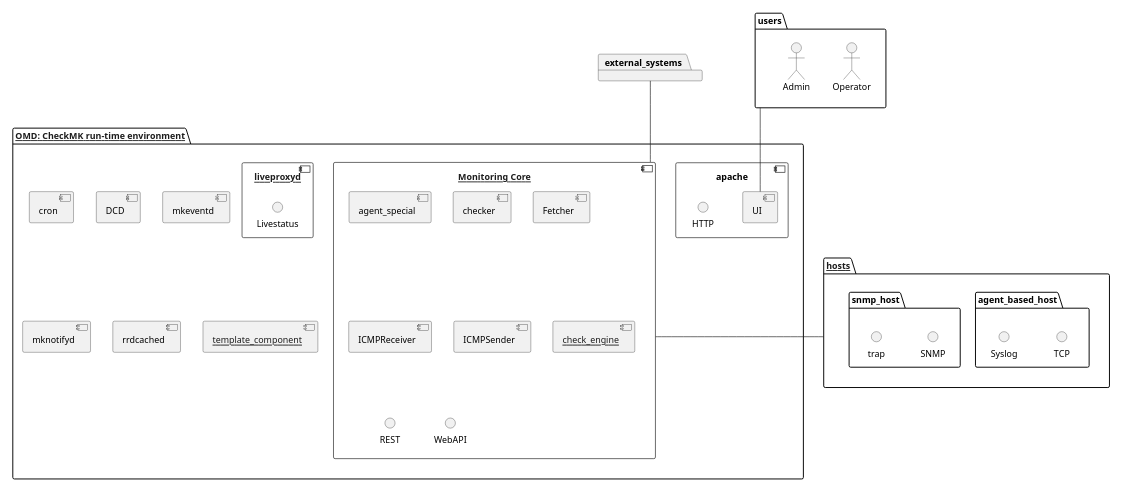
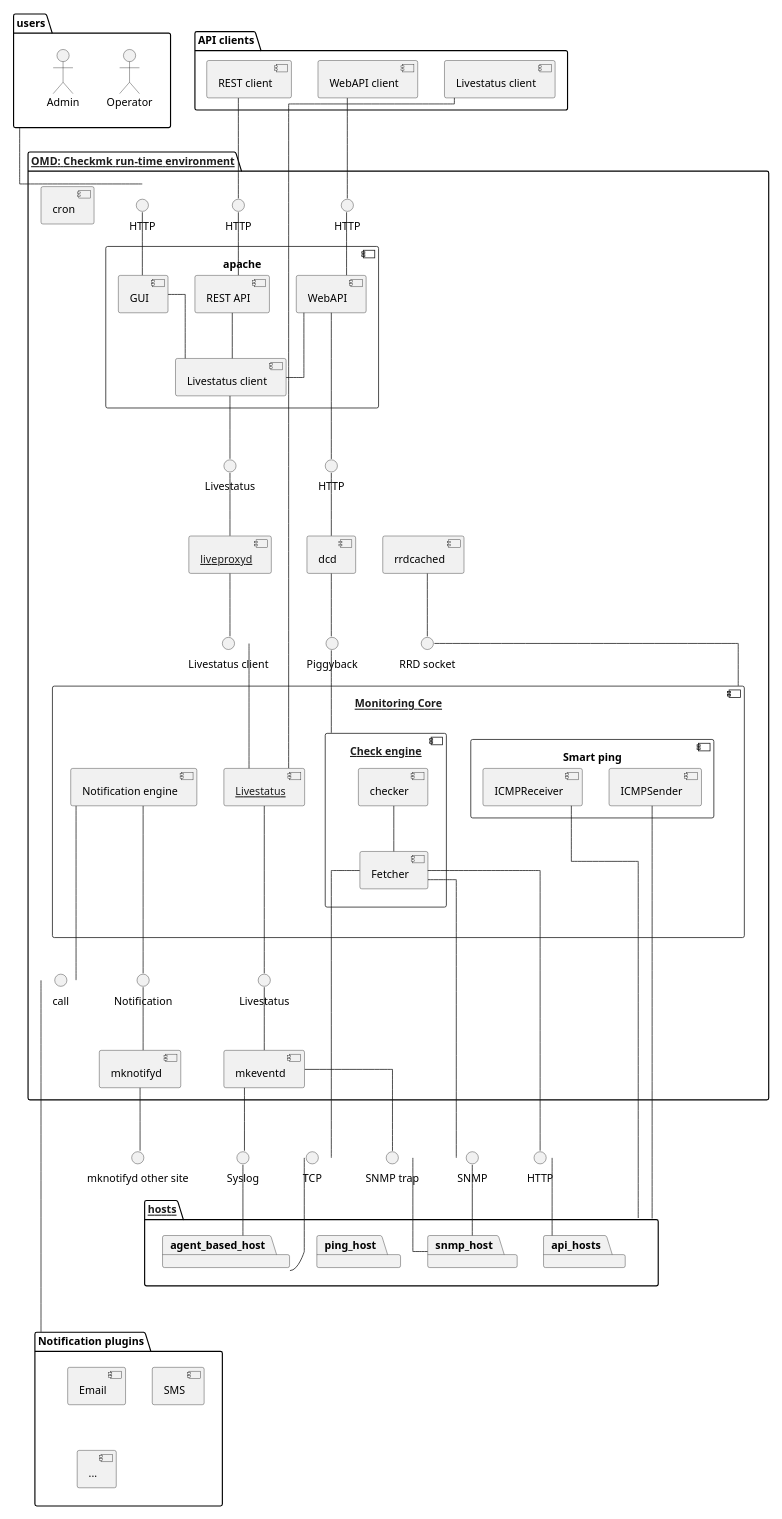
Before and after one commit to Checkmk/checkmk: the diagram in doc/documentation/topology.puml, drawn with PlantUML. The commit also changed 1 other file, not shown here.

Commit message:
Rework topology diagram

```diff
--- a/doc/documentation/topology.puml
+++ b/doc/documentation/topology.puml
@@ -1,59 +1,134 @@
 @startuml
 skinparam componentStyle uml2
 skinparam linetype ortho
 skinparam monochrome true
 ' Remove shadows
 skinparam shadowing false
-scale 0.5
+scale 0.6
 
 package users {
     actor "Operator" as operator
     actor "Admin" as admin
 }
 
-package external_systems {
+package "API clients" as api_clients {
+    component "WebAPI client" as web_api_client
+    component "REST client" as rest_api_client
+    component "Livestatus client" as external_livestatus_client
 }
 
-package "[[../arch-comp-omd.html OMD: CheckMK run-time environment]]" as omd {
+package "[[../arch-comp-omd.html OMD: Checkmk run-time environment]]" as omd {
+    interface HTTP as http_gui
+    interface HTTP as http_rest_api
+    interface HTTP as http_web_api
     component apache {
-            component UI
-            interface HTTP
+            component GUI
+            component "REST API" as rest_api
+            component WebAPI
+            component "Livestatus client" as apache_livestatus_client
     }
+    interface Livestatus as apache_livestatus
+
     component "[[../arch-comp-core.html Monitoring Core]]" as cmc {
-        component agent_special
-        component checker
-        component Fetcher
-        component ICMPReceiver
-        component ICMPSender
-        component "[[../arch-comp-checkengine.html check_engine]]" as check_engine
-        interface REST
-        interface WebAPI
+        component "[[../arch-comp-livestatus.html Livestatus]]" as cmc_livestatus_server
+        component "[[../arch-comp-checkengine.html Check engine]]" as check_engine {
+            component checker
+            component Fetcher
+        }
+        component "Smart ping" as smart_ping {
+            component ICMPReceiver
+            component ICMPSender
+        }
+        component "Notification engine" as notify_engine
     }
+    interface "call" as call_notification_plugins
+
     component cron
-    component DCD
+
+    component "[[../arch-comp-liveproxyd.html liveproxyd]]" as liveproxyd
+    interface "Livestatus client" as liveproxyd_livestatus_client
+
+    component dcd
+    interface "HTTP" as dcd_web_api_client
+    interface Piggyback as dcd_piggyback
+
     component mkeventd
+    interface Livestatus as mkeventd_livestatus
+
     component mknotifyd
+    interface Notification as mknotifyd_notification
+
     component rrdcached
-    component "[[../arch-comp-livestatus.html liveproxyd]]" as liveproxyd {
-        interface Livestatus
-    }
+    interface "RRD socket" as rrdcached_socket
+}
+interface "mknotifyd other site" as mknotifyd_other_site
 
-    component "[[../arch-comp-template.html template_component]]" as template_component
+package "Notification plugins" as notification_plugins {
+    component Email
+    component SMS
+    component "..."
 }
 
 package "[[../arch-comp-hosts.html hosts]]" as hosts {
-    package agent_based_host {
-        interface TCP
-        interface Syslog
-    }
+    package agent_based_host
+    package snmp_host
+    package ping_host
+    package api_hosts
+}
+interface TCP
+interface Syslog
+interface SNMP
+interface "SNMP trap" as trap
+interface HTTP as api_hosts_http
 
-    package snmp_host {
-        interface SNMP
-        interface trap
-    }
-}
-users -- UI
-external_systems -- cmc
-cmc -- hosts
+users -d- http_gui
+web_api_client -d- http_web_api
+rest_api_client -d- http_rest_api
+
+http_gui -d- GUI
+http_web_api -d- WebAPI
+http_rest_api -d- rest_api
+
+GUI -d- apache_livestatus_client
+WebAPI -d- apache_livestatus_client
+rest_api -d- apache_livestatus_client
+apache_livestatus_client -d- apache_livestatus
+apache_livestatus -d- liveproxyd
+
+liveproxyd -d- liveproxyd_livestatus_client
+liveproxyd_livestatus_client -d- cmc_livestatus_server
+
+dcd -u- dcd_web_api_client
+dcd -d- dcd_piggyback
+dcd_web_api_client -l- WebAPI
+dcd_piggyback -d- check_engine
+
+checker -- Fetcher
+
+external_livestatus_client -d- cmc_livestatus_server
+Fetcher -d- TCP
+TCP -d- agent_based_host
+Fetcher -d- SNMP
+SNMP -d- snmp_host
+Fetcher -d- api_hosts_http
+api_hosts_http -d- api_hosts
+ICMPSender -d- hosts
+ICMPReceiver -d- hosts
+
+cmc -u- rrdcached_socket
+rrdcached_socket -u- rrdcached
+
+notify_engine -d-- call_notification_plugins
+call_notification_plugins -d----- notification_plugins
+notify_engine -d-- mknotifyd_notification
+mknotifyd_notification -d- mknotifyd
+mknotifyd -d- mknotifyd_other_site
+
+cmc_livestatus_server --d- mkeventd_livestatus
+mkeventd_livestatus -d- mkeventd
+mkeventd -d- Syslog
+Syslog -d- agent_based_host
+mkeventd -d- trap
+trap -d- snmp_host
 
 @enduml
```
